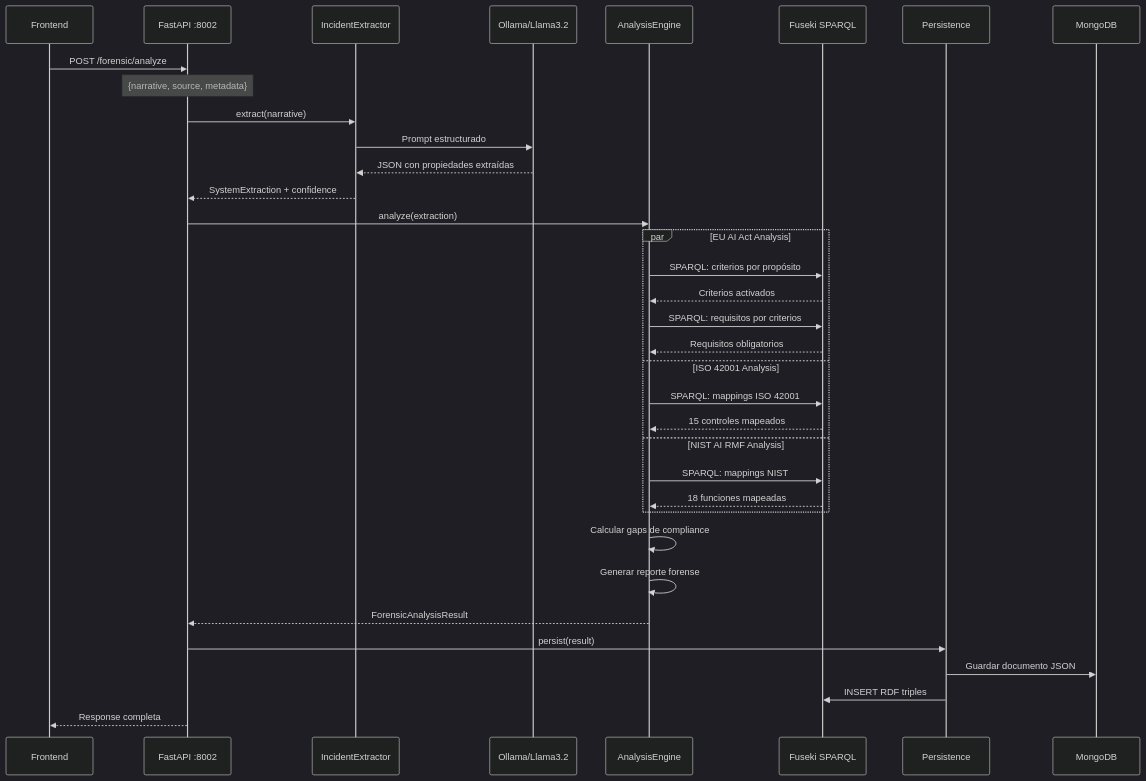
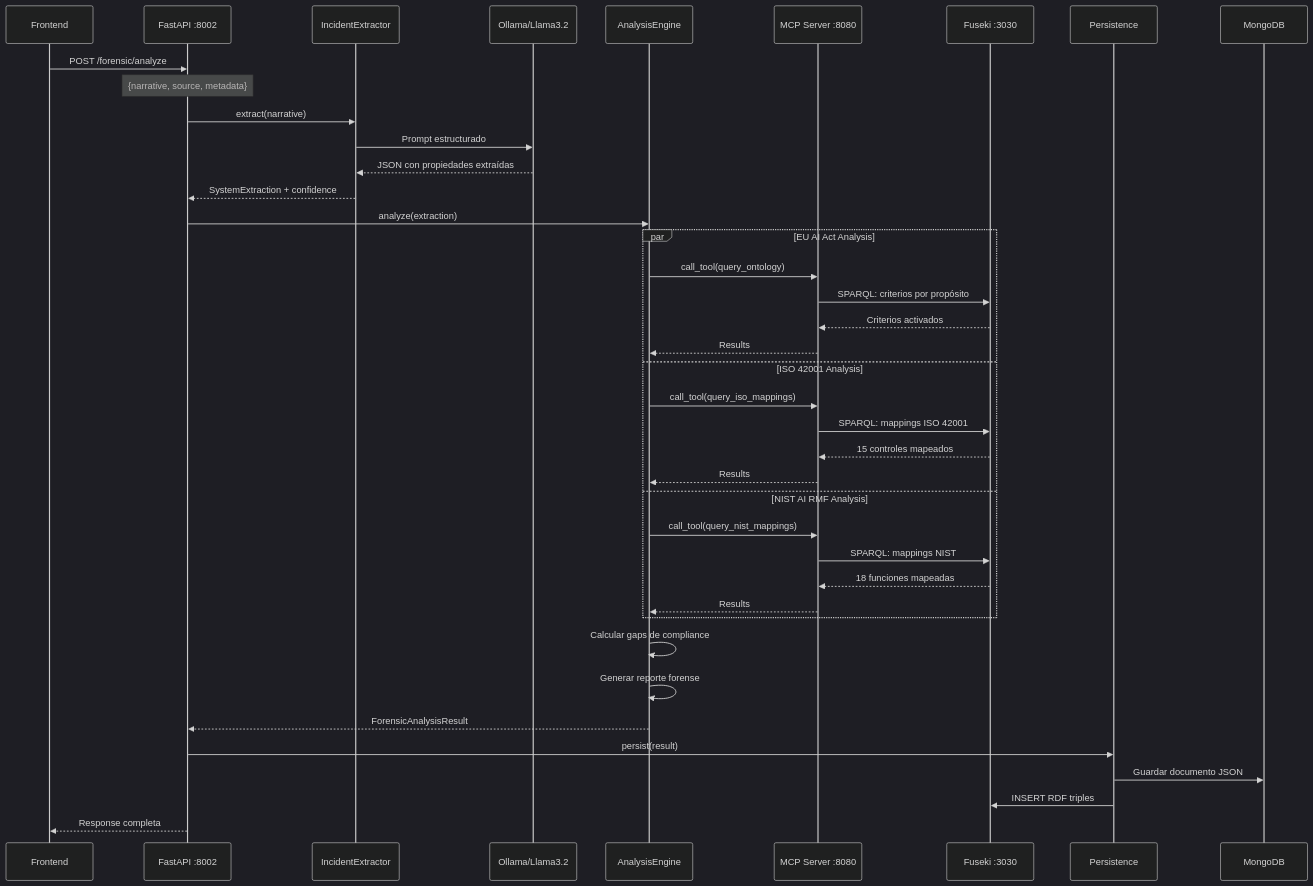
One commit to cartesiosson/ai_act_project changed the second of 5 diagrams in forensic_agent/README.md. Above: the diagram before and after it, drawn with Mermaid (dark theme). The commit also changed other lines of this file, not shown here.

````diff
--- a/forensic_agent/README.md
+++ b/forensic_agent/README.md
@@ -99,44 +104,49 @@
 ```mermaid
 sequenceDiagram
     participant U as Frontend
     participant API as FastAPI :8002
     participant IE as IncidentExtractor
     participant LLM as Ollama/Llama3.2
     participant AE as AnalysisEngine
-    participant FK as Fuseki SPARQL
+    participant MCP as MCP Server :8080
+    participant FK as Fuseki :3030
     participant PS as Persistence
     participant MG as MongoDB
 
     U->>API: POST /forensic/analyze
     Note over API: {narrative, source, metadata}
 
     API->>IE: extract(narrative)
     IE->>LLM: Prompt estructurado
     LLM-->>IE: JSON con propiedades extraídas
     IE-->>API: SystemExtraction + confidence
 
     API->>AE: analyze(extraction)
 
     par EU AI Act Analysis
-        AE->>FK: SPARQL: criterios por propósito
-        FK-->>AE: Criterios activados
-        AE->>FK: SPARQL: requisitos por criterios
-        FK-->>AE: Requisitos obligatorios
+        AE->>MCP: call_tool(query_ontology)
+        MCP->>FK: SPARQL: criterios por propósito
+        FK-->>MCP: Criterios activados
+        MCP-->>AE: Results
     and ISO 42001 Analysis
-        AE->>FK: SPARQL: mappings ISO 42001
-        FK-->>AE: 15 controles mapeados
+        AE->>MCP: call_tool(query_iso_mappings)
+        MCP->>FK: SPARQL: mappings ISO 42001
+        FK-->>MCP: 15 controles mapeados
+        MCP-->>AE: Results
     and NIST AI RMF Analysis
-        AE->>FK: SPARQL: mappings NIST
-        FK-->>AE: 18 funciones mapeadas
+        AE->>MCP: call_tool(query_nist_mappings)
+        MCP->>FK: SPARQL: mappings NIST
+        FK-->>MCP: 18 funciones mapeadas
+        MCP-->>AE: Results
     end
 
     AE->>AE: Calcular gaps de compliance
     AE->>AE: Generar reporte forense
     AE-->>API: ForensicAnalysisResult
 
     API->>PS: persist(result)
     PS->>MG: Guardar documento JSON
     PS->>FK: INSERT RDF triples
 
     API-->>U: Response completa
 ```
````
